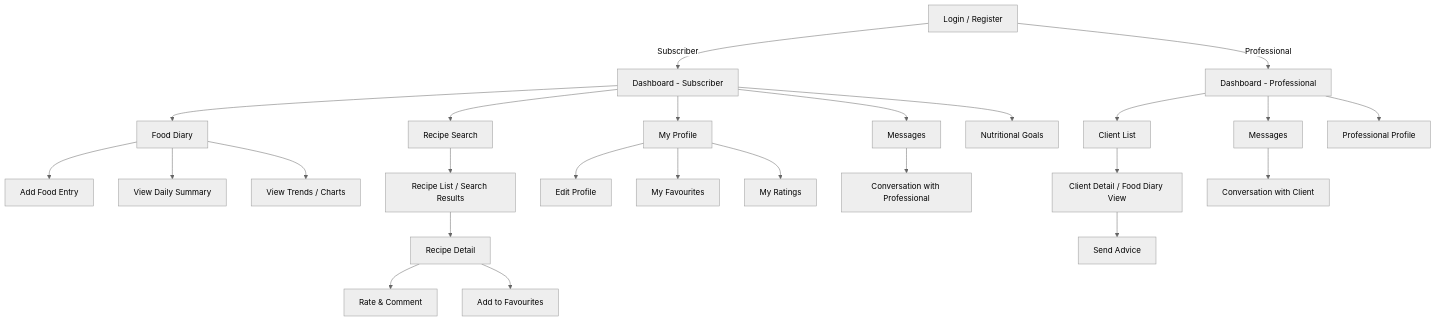
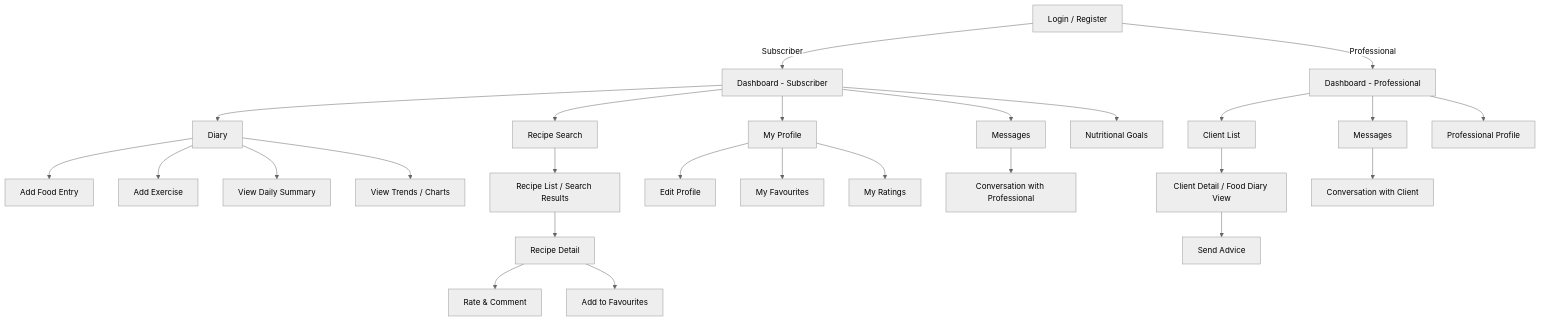
One commit to X-07-xqf/2850final-project changed the diagram in UI_wireframes.md. Above: the diagram before and after it, drawn with Mermaid (neutral theme). The commit also changed other lines of this file, not shown here.

````diff
--- a/UI_wireframes.md
+++ b/UI_wireframes.md
@@ -5,35 +5,36 @@
 ```mermaid
 flowchart TD
     A[Login / Register] -->|Subscriber| B[Dashboard - Subscriber]
     A -->|Professional| C[Dashboard - Professional]
 
-    B --> D[Food Diary]
+    B --> D[Diary]
     B --> E[Recipe Search]
     B --> F[My Profile]
     B --> G[Messages]
     B --> H[Nutritional Goals]
 
     D --> D1[Add Food Entry]
-    D --> D2[View Daily Summary]
-    D --> D3[View Trends / Charts]
+    D --> D2[Add Exercise]
+    D --> D3[View Daily Summary]
+    D --> D4[View Trends / Charts]
 
     E --> E1[Recipe List / Search Results]
     E1 --> E2[Recipe Detail]
     E2 --> E3[Rate & Comment]
     E2 --> E4[Add to Favourites]
 
     F --> F1[Edit Profile]
     F --> F2[My Favourites]
     F --> F3[My Ratings]
 
     G --> G1[Conversation with Professional]
 
     C --> I[Client List]
     C --> J[Messages]
     C --> K[Professional Profile]
 
     I --> I1[Client Detail / Food Diary View]
     I1 --> I2[Send Advice]
 
     J --> J1[Conversation with Client]
 ```
````
